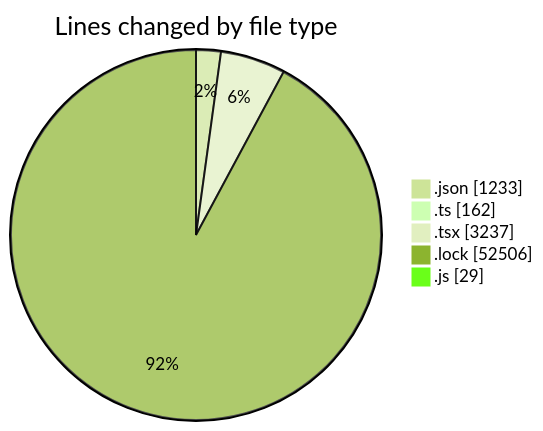
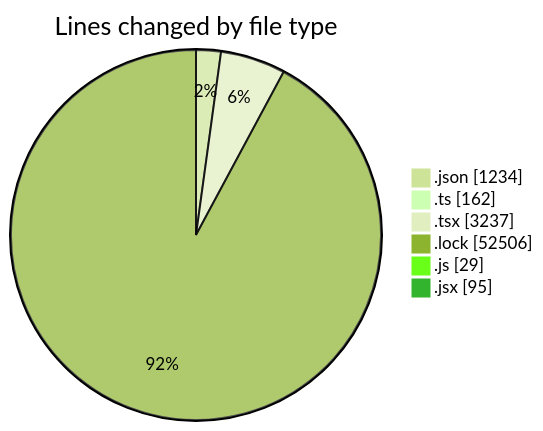
One commit to momahboobian/code-tracking changed the first of 2 diagrams in 2025-05-07/cda/README.md. Above: the diagram before and after it, drawn with Mermaid (forest theme). The commit also changed other lines of this file and 1 other file, not shown here.

````diff
--- a/2025-05-07/cda/README.md
+++ b/2025-05-07/cda/README.md
@@ -60,9 +61,10 @@
 ```mermaid
 pie showData
 title Lines changed by file type
-".json" : 1233
+".json" : 1234
 ".ts" : 162
 ".tsx" : 3237
 ".lock" : 52506
 ".js" : 29
+".jsx" : 95
 ```
````
